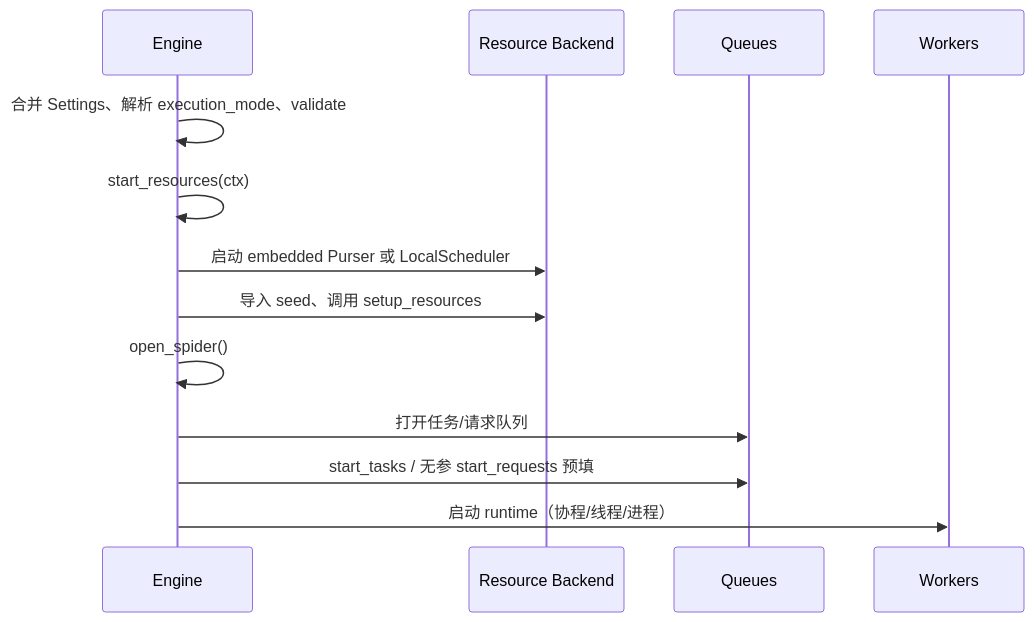
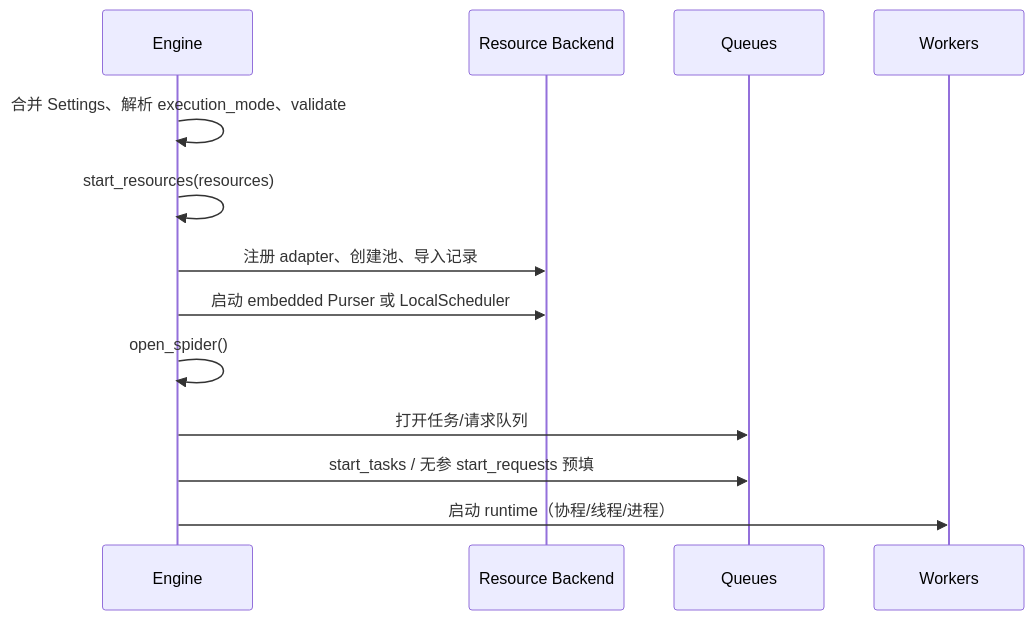
One commit to kusen-alpha/pcrawl changed the second of 4 diagrams in docs/design/architecture.md. Above: the diagram before and after it, drawn with Mermaid. The commit also changed other lines of this file and 21 other files, not shown here.

````diff
--- a/docs/design/architecture.md
+++ b/docs/design/architecture.md
@@ -34,15 +34,15 @@
 ```mermaid
 sequenceDiagram
     participant E as Engine
     participant R as Resource Backend
     participant Q as Queues
     participant W as Workers
     E->>E: 合并 Settings、解析 execution_mode、validate
-    E->>E: start_resources(ctx)
+    E->>E: start_resources(resources)
+    E->>R: 注册 adapter、创建池、导入记录
     E->>R: 启动 embedded Purser 或 LocalScheduler
-    E->>R: 导入 seed、调用 setup_resources
     E->>E: open_spider()
     E->>Q: 打开任务/请求队列
     E->>Q: start_tasks / 无参 start_requests 预填
     E->>W: 启动 runtime（协程/线程/进程）
 ```
````
